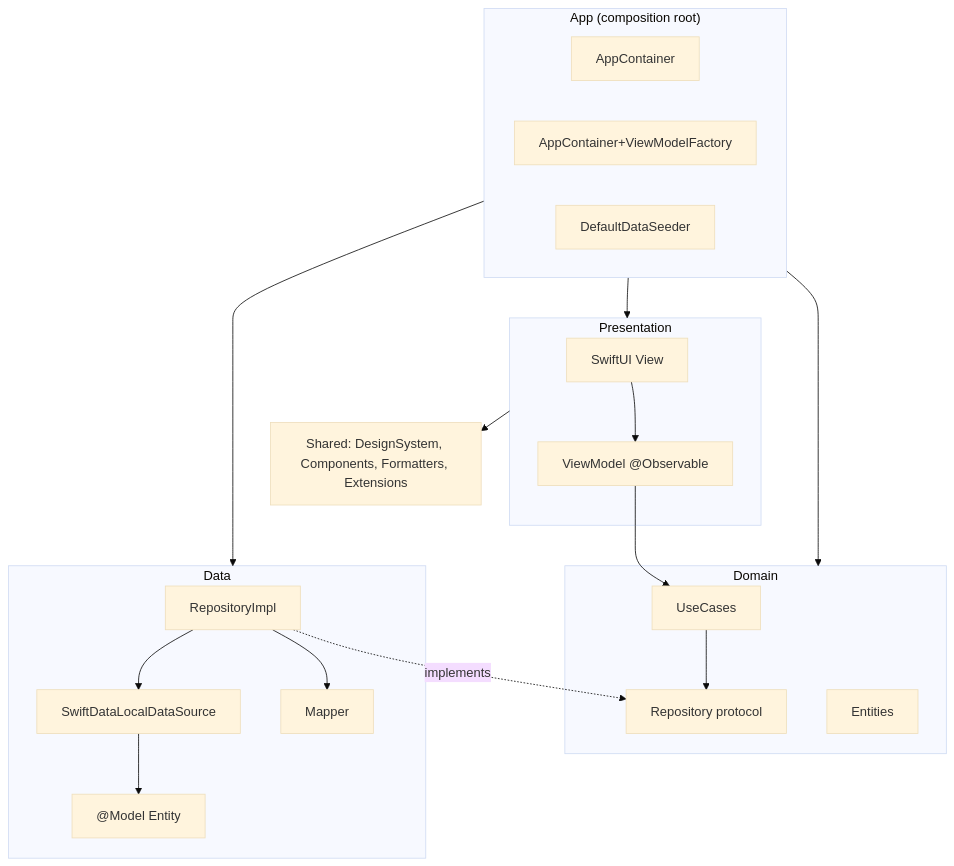
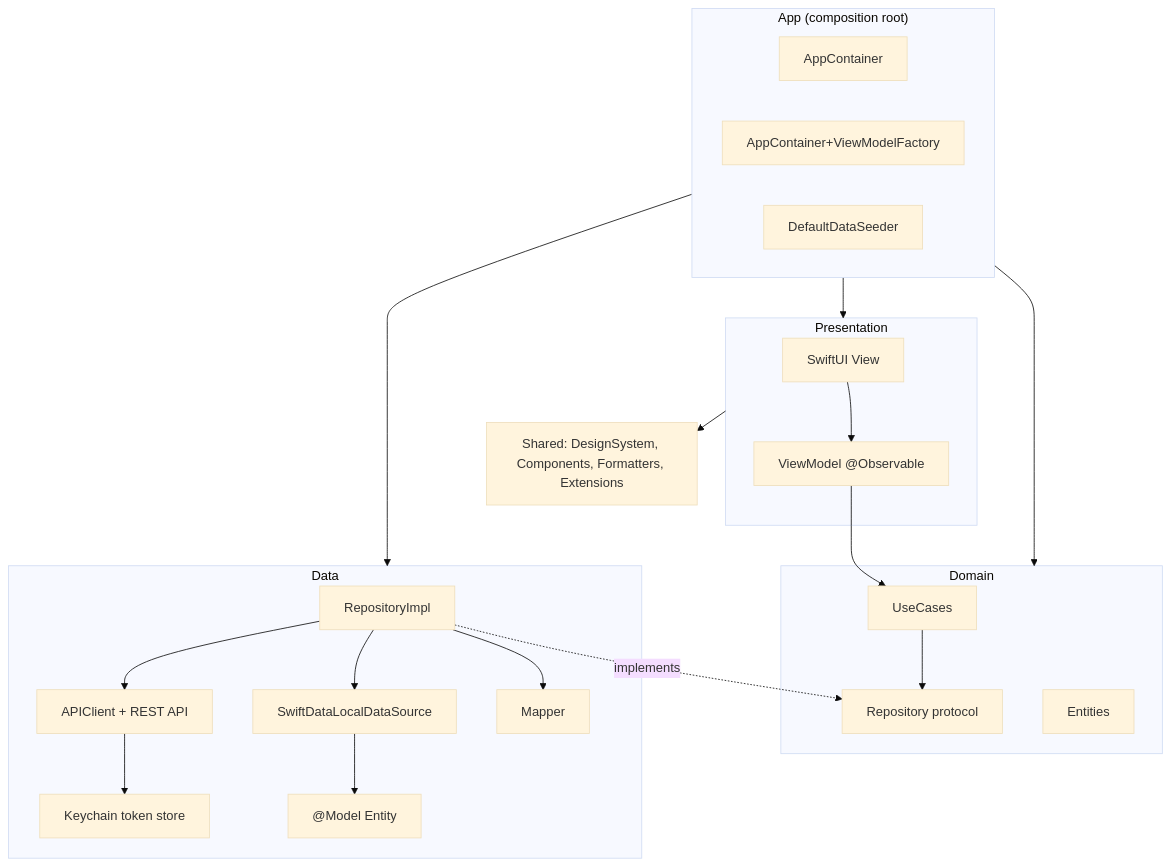
Before and after one commit to vietanhyoyo/expenses_tracker_ios_app: the diagram in app/docs/ARCHITECTURE.md, drawn with Mermaid (base theme). The commit also changed other lines of this file and 105 other files, not shown here.

````diff
--- a/app/docs/ARCHITECTURE.md
+++ b/app/docs/ARCHITECTURE.md
@@ -29,28 +29,30 @@
 ```mermaid
 flowchart TB
     subgraph App["App (composition root)"]
         AppContainer
         Factory["AppContainer+ViewModelFactory"]
         Seeder[DefaultDataSeeder]
     end
     subgraph Presentation
         View[SwiftUI View] --> VM[ViewModel @Observable]
     end
     subgraph Domain
         UC[UseCases] --> RP[Repository protocol]
         Entities
     end
     subgraph Data
         RI[RepositoryImpl] --> DS[SwiftDataLocalDataSource]
+        RI --> API[APIClient + REST API]
+        API --> Keychain[Keychain token store]
         RI --> Mapper
         DS --> Model["@Model Entity"]
     end
     Shared[Shared: DesignSystem, Components, Formatters, Extensions]
 
     VM --> UC
     RI -. implements .-> RP
     App --> Presentation
     App --> Data
     App --> Domain
     Presentation --> Shared
 ```
````
